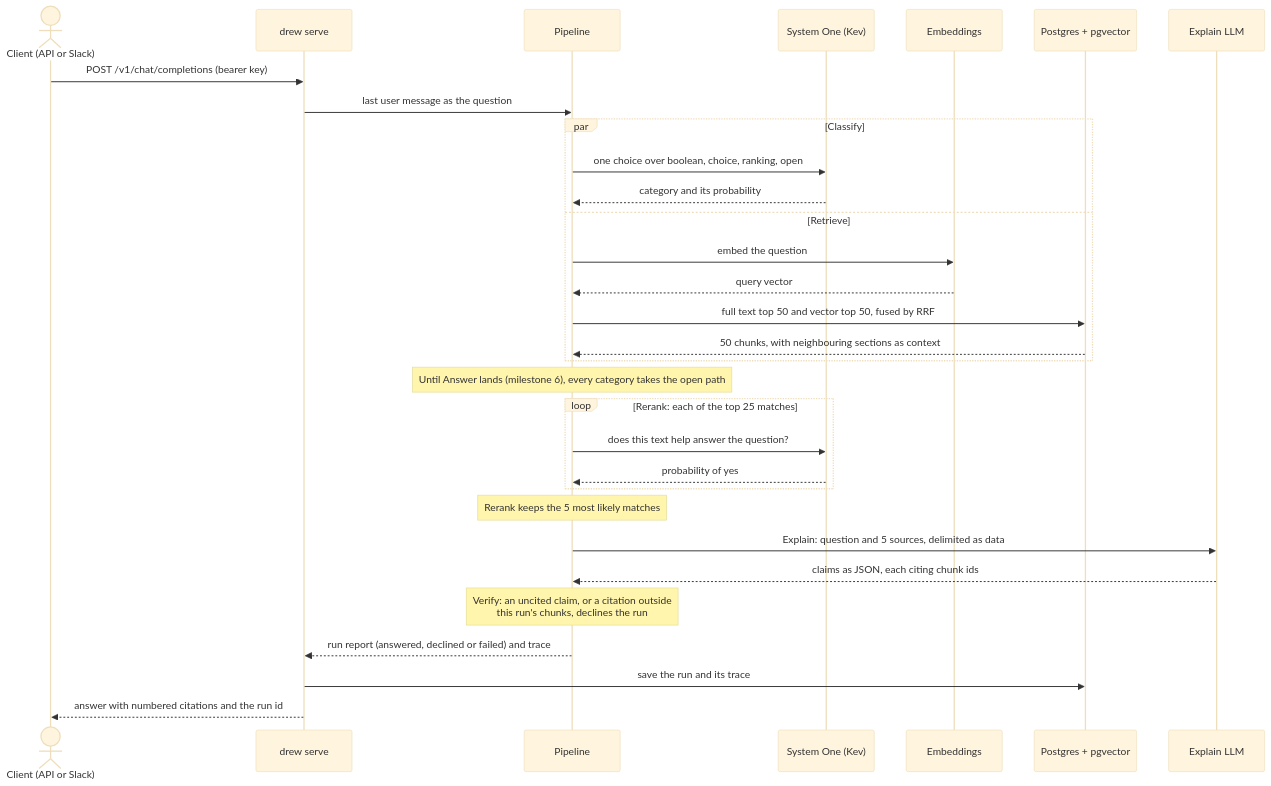
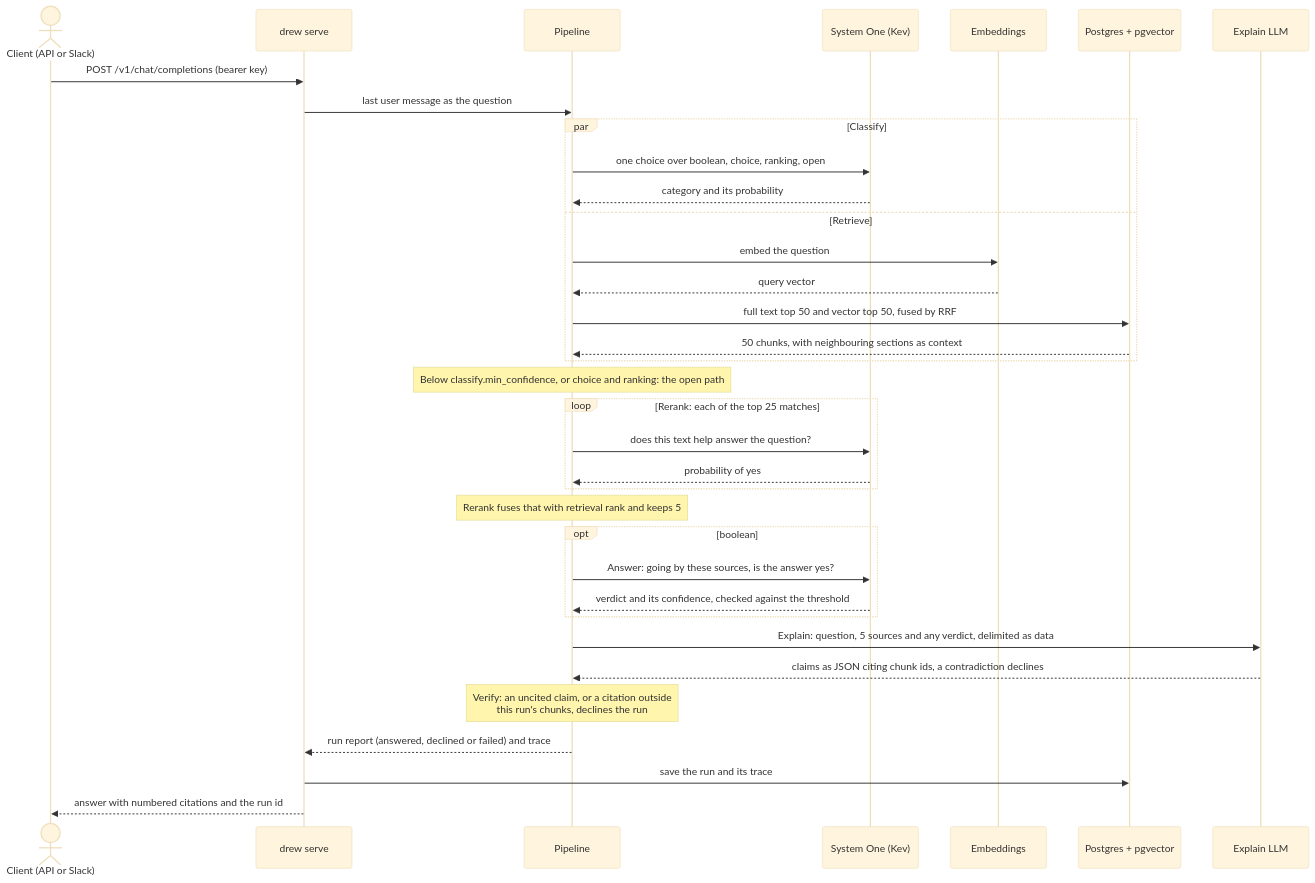
The diagram in README.md (jose-salcedo-sp/drew-ai), drawn with Mermaid (base theme) before and after one commit. The commit also changed other lines of this file and 51 other files, not shown here.

````diff
--- a/README.md
+++ b/README.md
@@ -30,34 +32,38 @@
 ```mermaid
 sequenceDiagram
     actor C as Client (API or Slack)
     participant S as drew serve
     participant P as Pipeline
     participant K as System One (Kev)
     participant E as Embeddings
     participant DB as Postgres + pgvector
     participant L as Explain LLM
 
     C->>S: POST /v1/chat/completions (bearer key)
     S->>P: last user message as the question
     par Classify
         P->>K: one choice over boolean, choice, ranking, open
         K-->>P: category and its probability
     and Retrieve
         P->>E: embed the question
         E-->>P: query vector
         P->>DB: full text top 50 and vector top 50, fused by RRF
         DB-->>P: 50 chunks, with neighbouring sections as context
     end
-    Note over P: Until Answer lands (milestone 6), every category takes the open path
+    Note over P: Below classify.min_confidence, or choice and ranking: the open path
     loop Rerank: each of the top 25 matches
         P->>K: does this text help answer the question?
         K-->>P: probability of yes
     end
-    Note over P: Rerank keeps the 5 most likely matches
-    P->>L: Explain: question and 5 sources, delimited as data
-    L-->>P: claims as JSON, each citing chunk ids
+    Note over P: Rerank fuses that with retrieval rank and keeps 5
+    opt boolean
+        P->>K: Answer: going by these sources, is the answer yes?
+        K-->>P: verdict and its confidence, checked against the threshold
+    end
+    P->>L: Explain: question, 5 sources and any verdict, delimited as data
+    L-->>P: claims as JSON citing chunk ids, a contradiction declines
     Note over P: Verify: an uncited claim, or a citation outside<br/>this run's chunks, declines the run
     P-->>S: run report (answered, declined or failed) and trace
     S->>DB: save the run and its trace
     S-->>C: answer with numbered citations and the run id
 ```
````
